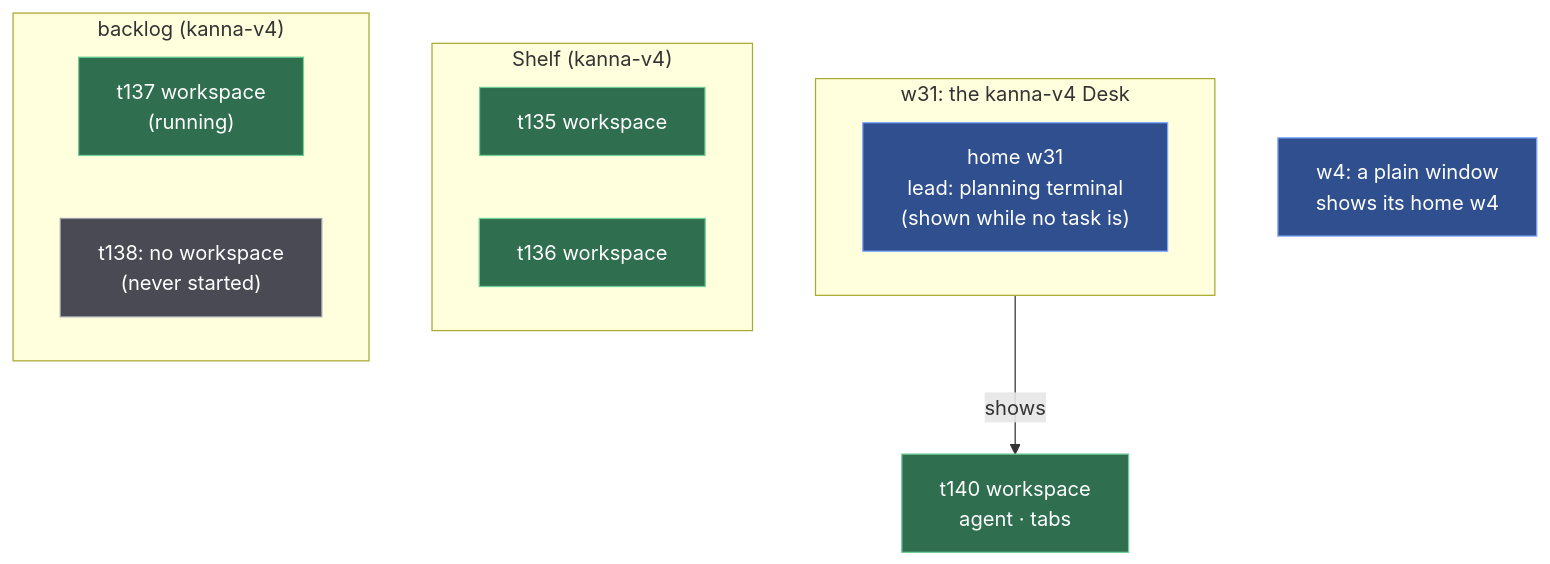
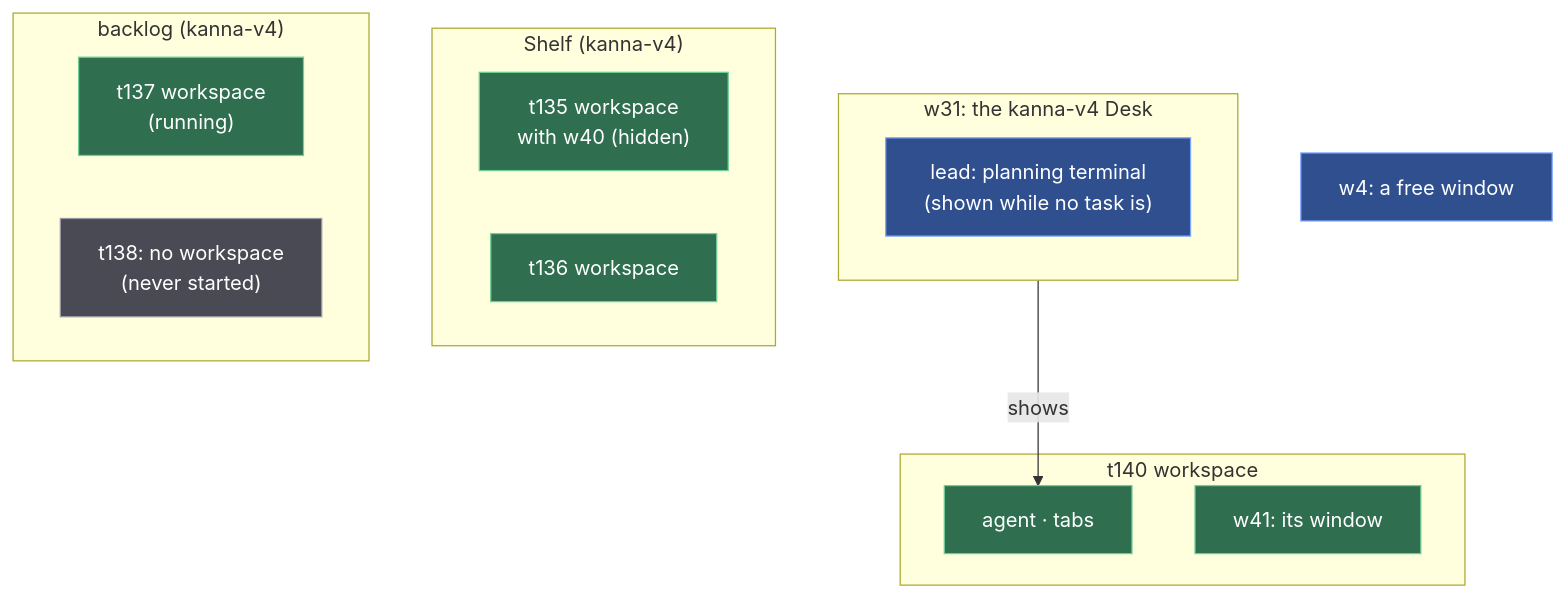
One commit to jemdiggity/kanna-v4 changed the second of 3 diagrams in docs/specs/workspaces.md. Above: the diagram before and after it, drawn with Mermaid. The commit also changed other lines of this file and 2 other files, not shown here.

````diff
--- a/docs/specs/workspaces.md
+++ b/docs/specs/workspaces.md
@@ -47,23 +53,26 @@
 ```mermaid
 flowchart TB
     subgraph W31["w31: the kanna-v4 Desk"]
-        H31["home w31<br/>lead: planning terminal<br/>(shown while no task is)"]
+        L31["lead: planning terminal<br/>(shown while no task is)"]
     end
-    W4["w4: a plain window<br/>shows its home w4"]
-    T140["t140 workspace<br/>agent · tabs"]
+    subgraph T140["t140 workspace"]
+        D140["agent · tabs"]
+        W41["w41: its window"]
+    end
+    W4["w4: a free window"]
     subgraph SHELF["Shelf (kanna-v4)"]
-        T135["t135 workspace"]
+        T135["t135 workspace<br/>with w40 (hidden)"]
         T136["t136 workspace"]
     end
     subgraph BACK["backlog (kanna-v4)"]
         T137["t137 workspace<br/>(running)"]
         T138["t138: no workspace<br/>(never started)"]
     end
-    W31 -->|"shows"| T140
+    W31 -->|"shows"| D140
     classDef ours fill:#2f6f4f,stroke:#6fcf97,color:#ffffff
     classDef plain fill:#2f4f8f,stroke:#7fa7ff,color:#ffffff
     classDef none fill:#4a4a55,stroke:#9a9aa8,color:#ffffff
-    class T140,T135,T136,T137 ours
-    class H31,W4 plain
+    class D140,W41,T135,T136,T137 ours
+    class L31,W4 plain
     class T138 none
 ```
````
